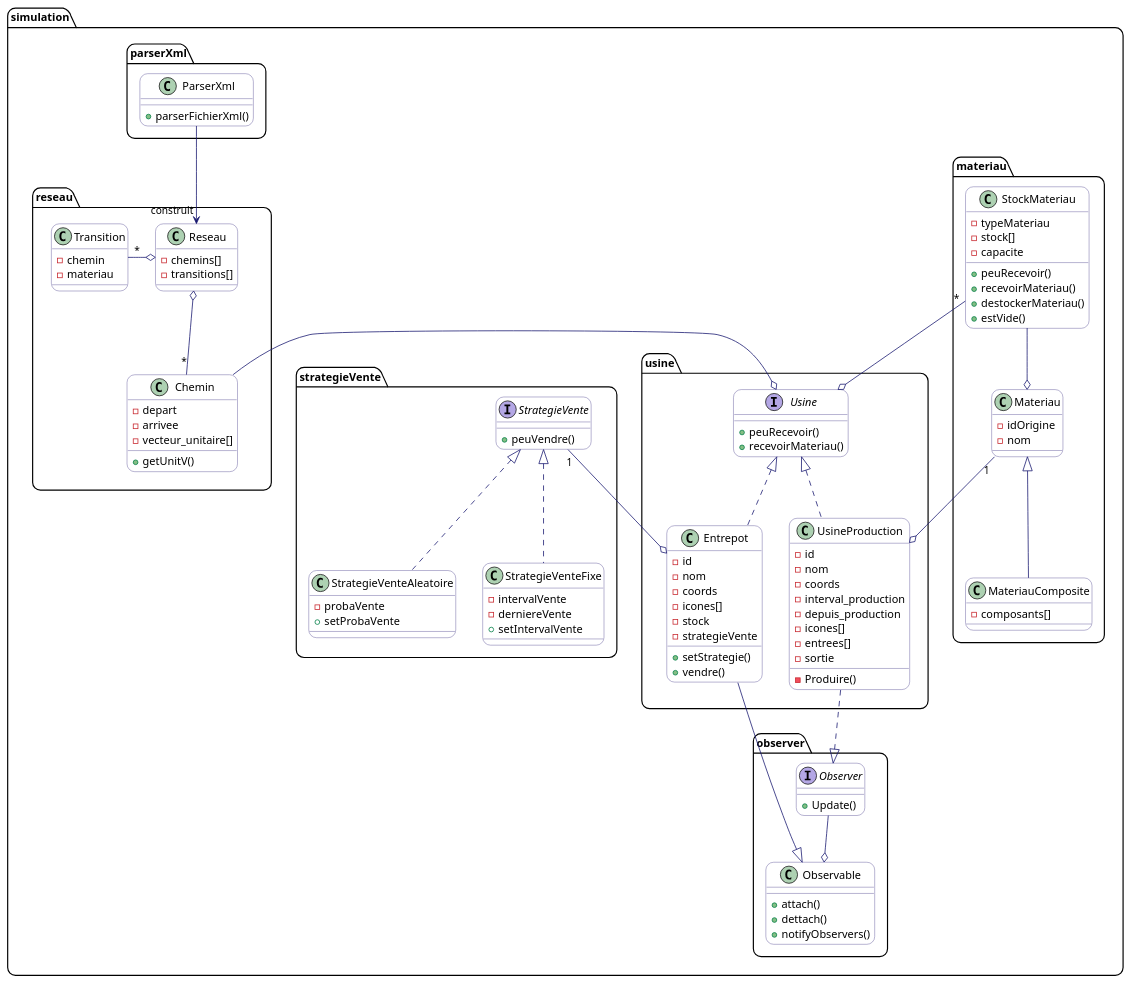
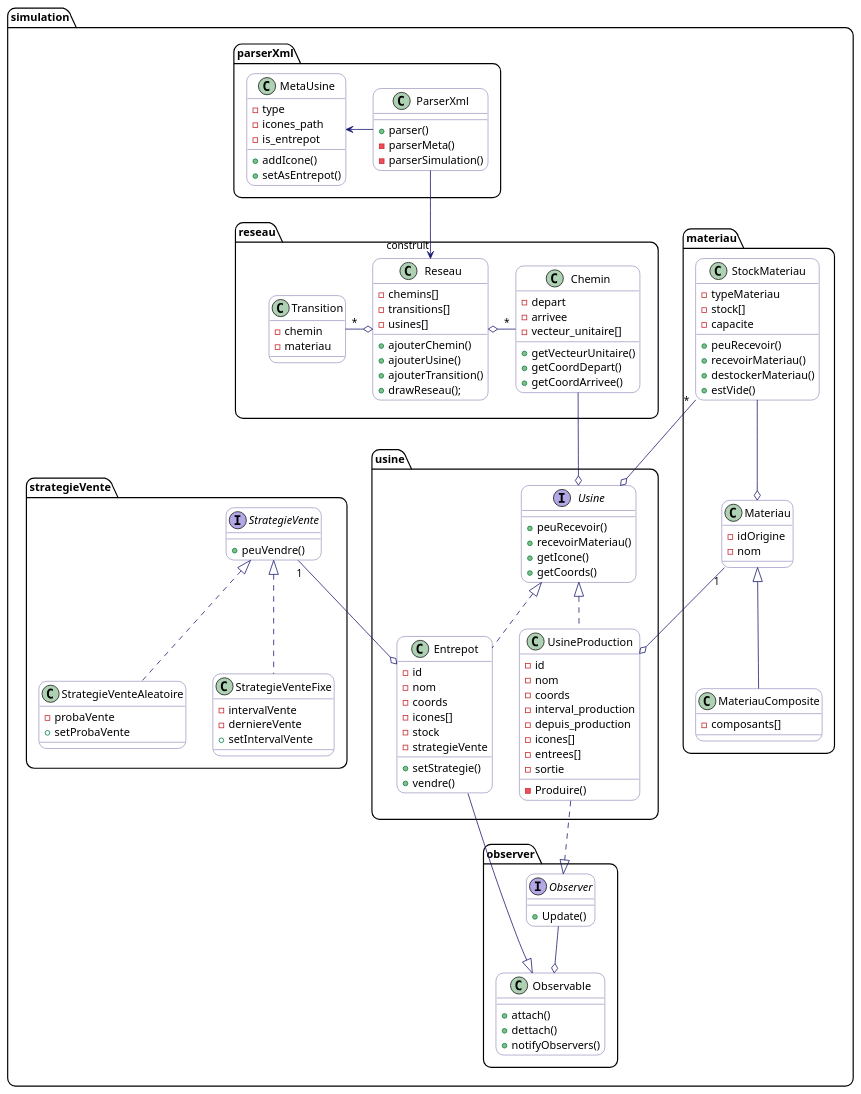
One commit to RaphaelRoumat/Simulation_chaine_production changed the diagram in diagramme_class.plantuml. Above: the diagram before and after it, drawn with PlantUML. The commit also changed 19 other files, not shown here.

Commit message:
Ajout des draw pour les usines

```diff
--- a/diagramme_class.plantuml
+++ b/diagramme_class.plantuml
@@ -1,167 +1,192 @@
 @startuml diagramme_class
 skinparam roundcorner 20
 skinparam class {
     BackgroundColor palegoldenroad
     ArrowColor MidnightBlue
     BorderColor Darkslateblue
 }
 skinparam stereotypeCBackgroundColor dodgerblue
 
 
 package simulation
 {
 
     package observer
     {
         class Observable
         {
             + attach()
             + dettach()
             + notifyObservers()
         }
         Interface Observer
         {
             + Update()
         }
 
         Observable o-u-  Observer
 
 
     }
     package usine
     {
         interface Usine
         {
             +peuRecevoir()
             +recevoirMateriau()
+            +getIcone()
+            +getCoords()
         }
         class UsineProduction
         {
             -id
             -nom
             -coords
             -interval_production
             -depuis_production
             -icones[]
             -entrees[]
             -sortie
             -Produire()
         }
         class Entrepot
         {
             -id
             -nom
             -coords
             -icones[]
             -stock
             -strategieVente
             +setStrategie()
             +vendre()
         }
 
         Usine <|.. UsineProduction
         Usine <|.. Entrepot
         UsineProduction ..|> Observer
         Observable <|-- Entrepot
 
     }
 
     Package materiau
     {
         class StockMateriau
         {
             -typeMateriau
             -stock[]
             -capacite
             +peuRecevoir()
             +recevoirMateriau()
             +destockerMateriau()
             +estVide()
         }
 
         class Materiau
         {
             -idOrigine
             -nom
         }
 
         class MateriauComposite
         {
             -composants[]
         }
 
         Materiau <|-- MateriauComposite
         StockMateriau --o Materiau
 
     }
 
 
 
     Package strategieVente
     {
         interface StrategieVente
         {
             +peuVendre()
         }
         class StrategieVenteAleatoire
         {
             -probaVente
             +setProbaVente
         }
         class StrategieVenteFixe
         {
             -intervalVente
             -derniereVente
             +setIntervalVente
         }
 
         StrategieVente <|.. StrategieVenteAleatoire
         StrategieVente <|.. StrategieVenteFixe
     }
 
     package reseau{
 
         class Reseau
         {
             -chemins[]
             -transitions[]
+            -usines[]
+            +ajouterChemin()
+            +ajouterUsine()
+            +ajouterTransition()
+            +drawReseau();
         }
         class Chemin
         {
             -depart
             -arrivee
             -vecteur_unitaire[]
-            +getUnitV()
+            +getVecteurUnitaire()
+            +getCoordDepart()
+            +getCoordArrivee()
 
         }
         class Transition
         {
             -chemin
             -materiau
         }
 
-        Reseau o-d- "*" Chemin
-        Reseau o-l- "*" Transition
+        Reseau o-d "*" Chemin
+        Reseau o-l "*" Transition
 
 
     }
 
 
 
 
     package parserXml
     {
         class ParserXml
         {
-            +parserFichierXml()
+            +parser()
+            -parserMeta()
+            -parserSimulation()
         }
+
+        class MetaUsine
+        {
+            -type
+            -icones_path
+            -is_entrepot
+            +addIcone()
+            +setAsEntrepot()
+
+        }
+
+        MetaUsine <- ParserXml
+
+
     }
     ParserXml --> "construit" Reseau
 
     Usine  o-u- "*" StockMateriau
     UsineProduction o-u- "1" Materiau
     Entrepot o-u- "1" StrategieVente
     Chemin -l-o Usine
     reseau -[hidden]d-> usine
 }
 @enduml
```
